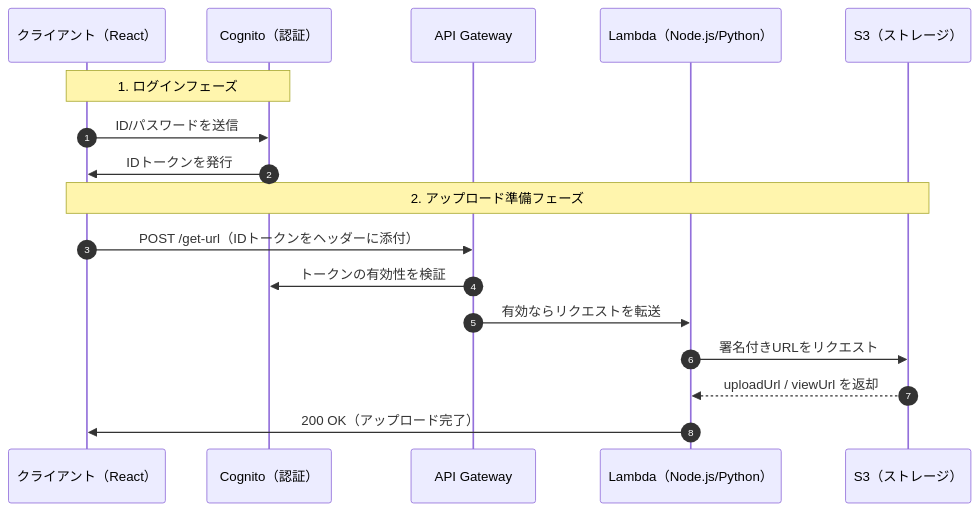
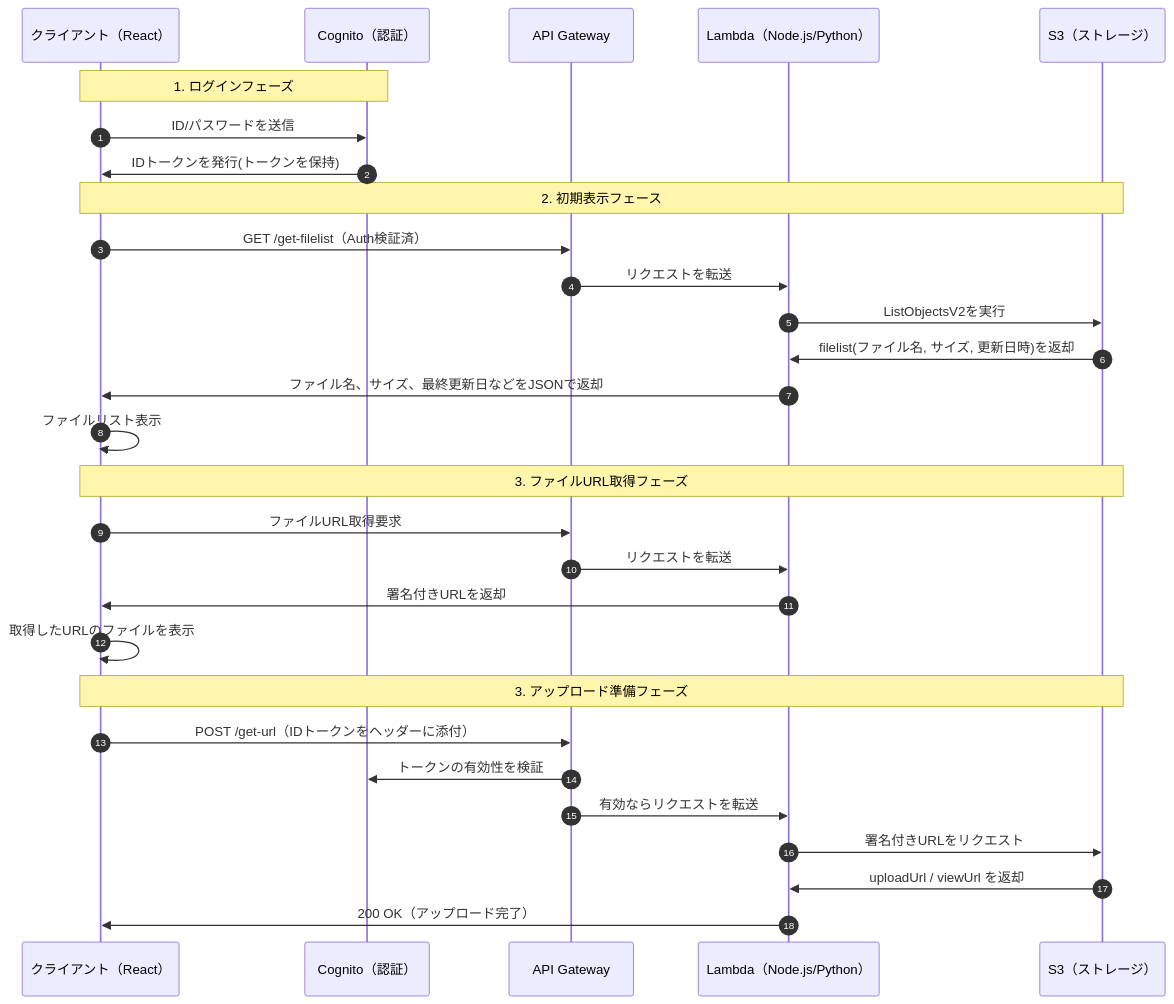
Before and after one commit to A-Minor15/react-AWS-App: the diagram in README.md, drawn with Mermaid.

Commit message:
アップロードファイルリスト表示用にシーケンス図修正

````diff
--- a/README.md
+++ b/README.md
@@ -52,21 +52,35 @@
 ```mermaid
 sequenceDiagram
   autonumber
   participant User as クライアント（React）
   participant Auth as Cognito（認証）
   participant API as API Gateway
   participant Lambda as Lambda（Node.js/Python）
   participant S3 as S3（ストレージ）
 
   Note over User, Auth: 1. ログインフェーズ
   User->>Auth: ID/パスワードを送信
-  Auth->>User: IDトークンを発行
+  Auth->>User: IDトークンを発行(トークンを保持)
 
-  Note over User, S3: 2. アップロード準備フェーズ
+  Note over User, S3: 2. 初期表示フェース
+  User->>API: GET /get-filelist（Auth検証済）
+  API->>Lambda: リクエストを転送
+  Lambda->>S3: ListObjectsV2を実行
+  S3->>Lambda: filelist(ファイル名, サイズ, 更新日時)を返却
+  Lambda->>User: ファイル名、サイズ、最終更新日などをJSONで返却
+  User->>User: ファイルリスト表示
+
+  Note over User, S3: 3. ファイルURL取得フェーズ
+  User->>API: ファイルURL取得要求
+  API->>Lambda: リクエストを転送
+  Lambda->>User: 署名付きURLを返却
+  User->>User: 取得したURLのファイルを表示
+
+  Note over User, S3: 3. アップロード準備フェーズ
   User->>API: POST /get-url（IDトークンをヘッダーに添付）
   API->>Auth: トークンの有効性を検証
   API->>Lambda: 有効ならリクエストを転送
   Lambda->>S3: 署名付きURLをリクエスト
-  S3-->>Lambda: uploadUrl / viewUrl を返却
+  S3->>Lambda: uploadUrl / viewUrl を返却
   Lambda->>User: 200 OK（アップロード完了）
 ```
````
